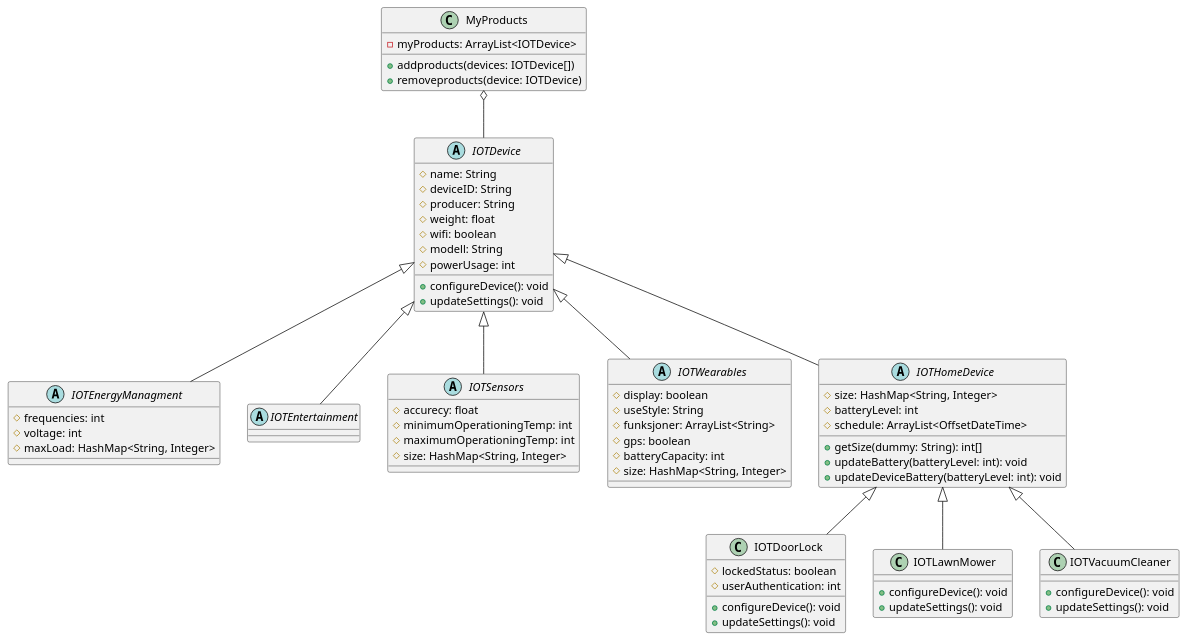
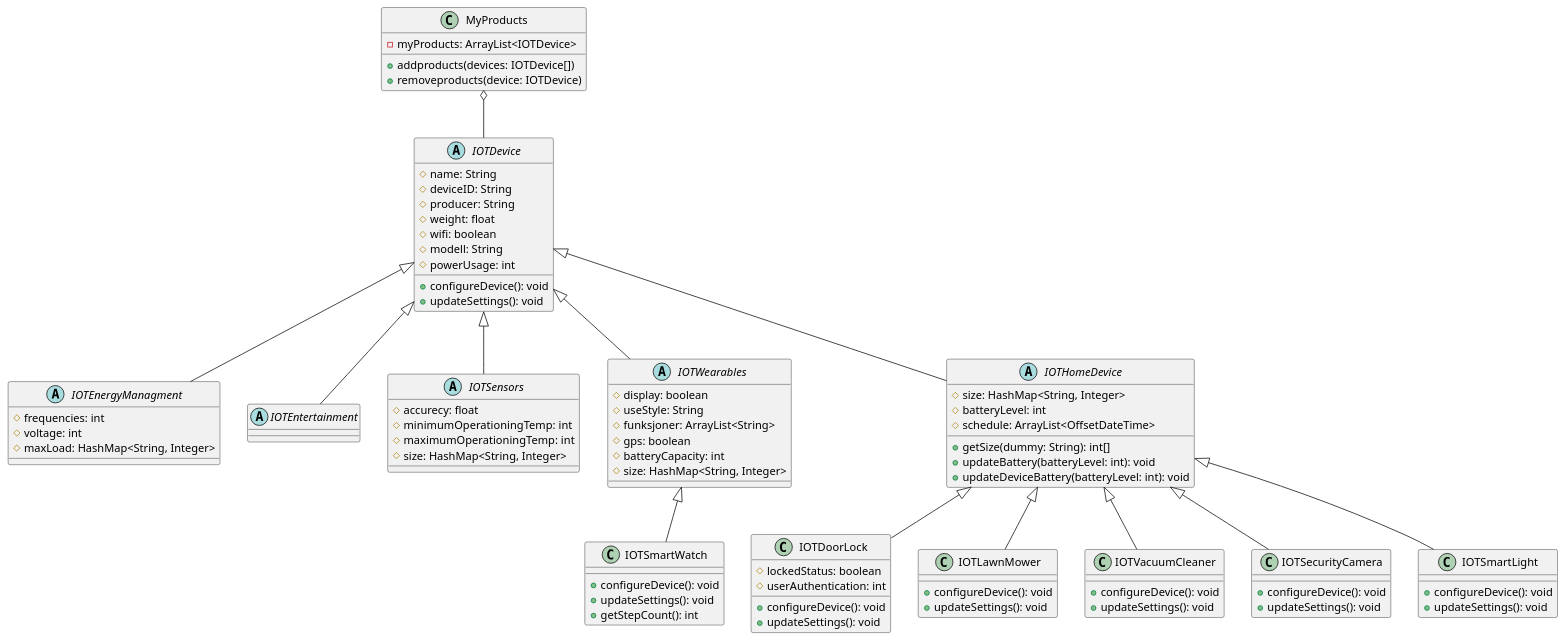
One commit to MaRoeIT/SoftwareEng_Gruppe_13 changed the diagram in SET_gruppe_13/src/main/java/no/hiof/g13/uml/IOTDevicesUML.puml. Above: the diagram before and after it, drawn with PlantUML. The commit also changed 1 other file, not shown here.

Commit message:
IOTDoorLock && UML update
Created the IOTDoorLock class and updated UML class diagram

```diff
--- a/SET_gruppe_13/src/main/java/no/hiof/g13/uml/IOTDevicesUML.puml
+++ b/SET_gruppe_13/src/main/java/no/hiof/g13/uml/IOTDevicesUML.puml
@@ -1,72 +1,90 @@
 @startuml
 'https://plantuml.com/class-diagram
 
 abstract class IOTDevice{
     #name: String
     #deviceID: String
     #producer: String
     #weight: float
     #wifi: boolean
     #modell: String
     #powerUsage: int
     +configureDevice(): void
     +updateSettings(): void
 }
 IOTDevice <|-- IOTEnergyManagment
 IOTDevice <|-- IOTEntertainment
 IOTDevice <|-- IOTSensors
 IOTDevice <|-- IOTWearables
 IOTDevice <|-- IOTHomeDevice
 abstract class IOTEnergyManagment{
     #frequencies: int
     #voltage: int
     #maxLoad: HashMap<String, Integer>
 }
 abstract class IOTEntertainment
 abstract class IOTSensors{
     #accurecy: float
     #minimumOperationingTemp: int
     #maximumOperationingTemp: int
     #size: HashMap<String, Integer>
 }
 abstract class IOTWearables{
     #display: boolean
     #useStyle: String
     #funksjoner: ArrayList<String>
     #gps: boolean
     #batteryCapacity: int
     #size: HashMap<String, Integer>
 }
 abstract class IOTHomeDevice{
     #size: HashMap<String, Integer>
     #batteryLevel: int
     #schedule: ArrayList<OffsetDateTime>
     +getSize(dummy: String): int[]
     +updateBattery(batteryLevel: int): void
     +updateDeviceBattery(batteryLevel: int): void
 }
 IOTHomeDevice <|-- IOTDoorLock
 IOTHomeDevice <|-- IOTLawnMower
 IOTHomeDevice <|-- IOTVacuumCleaner
+IOTHomeDevice <|-- IOTSecurityCamera
+IOTHomeDevice <|-- IOTSmartLight
+IOTWearables <|-- IOTSmartWatch
 class IOTDoorLock{
     #lockedStatus: boolean
     #userAuthentication: int
     +configureDevice(): void
     +updateSettings(): void
 }
 class IOTLawnMower{
     +configureDevice(): void
     +updateSettings(): void
 }
 class IOTVacuumCleaner{
     +configureDevice(): void
     +updateSettings(): void
 }
+class IOTSecurityCamera{
+    +configureDevice(): void
+    +updateSettings(): void
+}
+class IOTSmartLight{
+    +configureDevice(): void
+    +updateSettings(): void
+}
+class IOTSmartWatch{
+    +configureDevice(): void
+    +updateSettings(): void
+    +getStepCount(): int
+}
+
+
 class MyProducts{
     -myProducts: ArrayList<IOTDevice>
     +addproducts(devices: IOTDevice[])
     +removeproducts(device: IOTDevice)
 }
 MyProducts o-- IOTDevice
 
 @enduml
```
